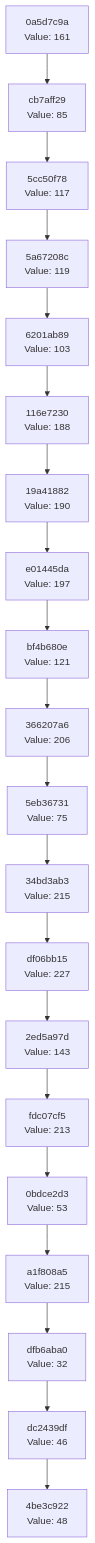
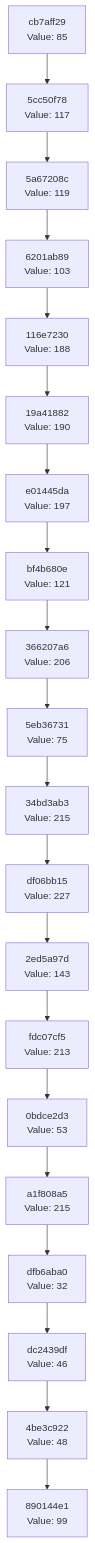
The diagram in docs/CHAIN_VISUALIZATION.md (Abhisheksinha1506/hash-chain-evolver), drawn with Mermaid before and after one commit. The commit also changed 2 other files, not shown here.

Commit message:
Evolution step: hash 0x63 → action executed

````diff
--- a/docs/CHAIN_VISUALIZATION.md
+++ b/docs/CHAIN_VISUALIZATION.md
@@ -3,42 +3,42 @@
 ```mermaid
 graph TD
-    C0["4be3c922<br/>Value: 48"]
-    C1["dc2439df<br/>Value: 46"]
+    C0["890144e1<br/>Value: 99"]
+    C1["4be3c922<br/>Value: 48"]
     C1 --> C0
-    C2["dfb6aba0<br/>Value: 32"]
+    C2["dc2439df<br/>Value: 46"]
     C2 --> C1
-    C3["a1f808a5<br/>Value: 215"]
+    C3["dfb6aba0<br/>Value: 32"]
     C3 --> C2
-    C4["0bdce2d3<br/>Value: 53"]
+    C4["a1f808a5<br/>Value: 215"]
     C4 --> C3
-    C5["fdc07cf5<br/>Value: 213"]
+    C5["0bdce2d3<br/>Value: 53"]
     C5 --> C4
-    C6["2ed5a97d<br/>Value: 143"]
+    C6["fdc07cf5<br/>Value: 213"]
     C6 --> C5
-    C7["df06bb15<br/>Value: 227"]
+    C7["2ed5a97d<br/>Value: 143"]
     C7 --> C6
-    C8["34bd3ab3<br/>Value: 215"]
+    C8["df06bb15<br/>Value: 227"]
     C8 --> C7
-    C9["5eb36731<br/>Value: 75"]
+    C9["34bd3ab3<br/>Value: 215"]
     C9 --> C8
-    C10["366207a6<br/>Value: 206"]
+    C10["5eb36731<br/>Value: 75"]
     C10 --> C9
-    C11["bf4b680e<br/>Value: 121"]
+    C11["366207a6<br/>Value: 206"]
     C11 --> C10
-    C12["e01445da<br/>Value: 197"]
+    C12["bf4b680e<br/>Value: 121"]
     C12 --> C11
-    C13["19a41882<br/>Value: 190"]
+    C13["e01445da<br/>Value: 197"]
     C13 --> C12
-    C14["116e7230<br/>Value: 188"]
+    C14["19a41882<br/>Value: 190"]
     C14 --> C13
-    C15["6201ab89<br/>Value: 103"]
+    C15["116e7230<br/>Value: 188"]
     C15 --> C14
-    C16["5a67208c<br/>Value: 119"]
+    C16["6201ab89<br/>Value: 103"]
     C16 --> C15
-    C17["5cc50f78<br/>Value: 117"]
+    C17["5a67208c<br/>Value: 119"]
     C17 --> C16
-    C18["cb7aff29<br/>Value: 85"]
+    C18["5cc50f78<br/>Value: 117"]
     C18 --> C17
-    C19["0a5d7c9a<br/>Value: 161"]
+    C19["cb7aff29<br/>Value: 85"]
     C19 --> C18
 ```
````
